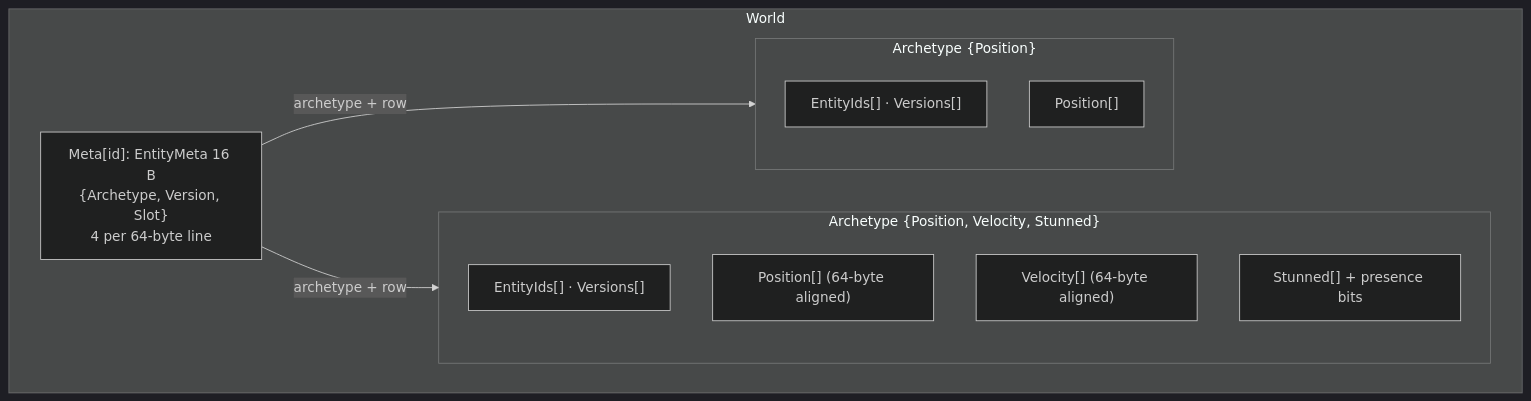
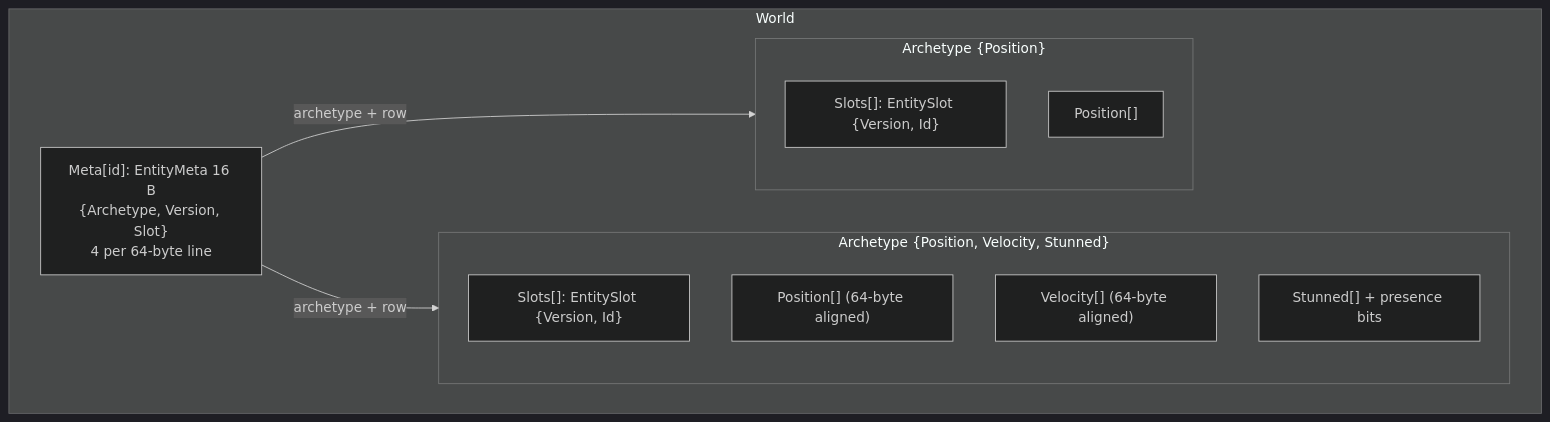
One commit to JasonXuDeveloper/EasyEcs changed the second of 3 diagrams in doc/architecture.md. Above: the diagram before and after it, drawn with Mermaid (dark theme). The commit also changed other lines of this file and 17 other files, not shown here.

````diff
--- a/doc/architecture.md
+++ b/doc/architecture.md
@@ -80,18 +80,18 @@
 ```mermaid
 flowchart TB
     subgraph World
         M["Meta[id]: EntityMeta 16 B<br/>{Archetype, Version, Slot}<br/>4 per 64-byte line"]
         subgraph A1["Archetype {Position, Velocity, Stunned}"]
-            I1["EntityIds[] · Versions[]"]
+            I1["Slots[]: EntitySlot {Version, Id}"]
             P1["Position[] (64-byte aligned)"]
             V1["Velocity[] (64-byte aligned)"]
             S1["Stunned[] + presence bits"]
         end
         subgraph A2["Archetype {Position}"]
-            I2["EntityIds[] · Versions[]"]
+            I2["Slots[]: EntitySlot {Version, Id}"]
             P2["Position[]"]
         end
     end
     M -->|archetype + row| A1
     M -->|archetype + row| A2
 ```
````
